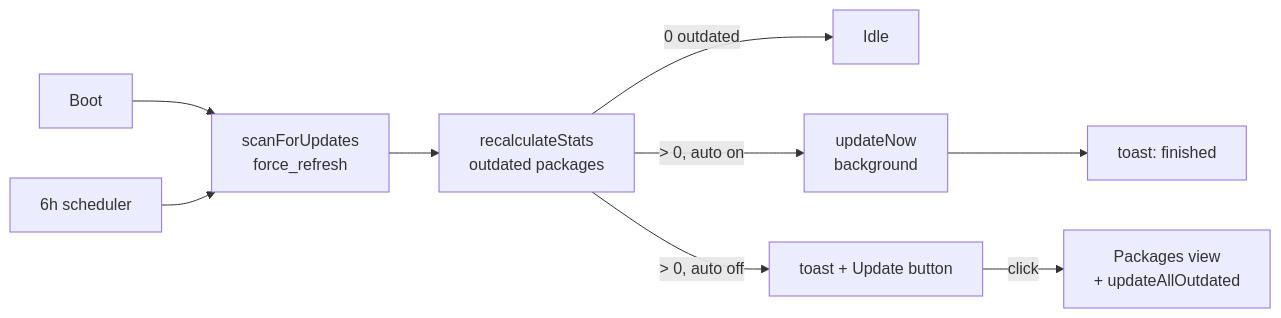
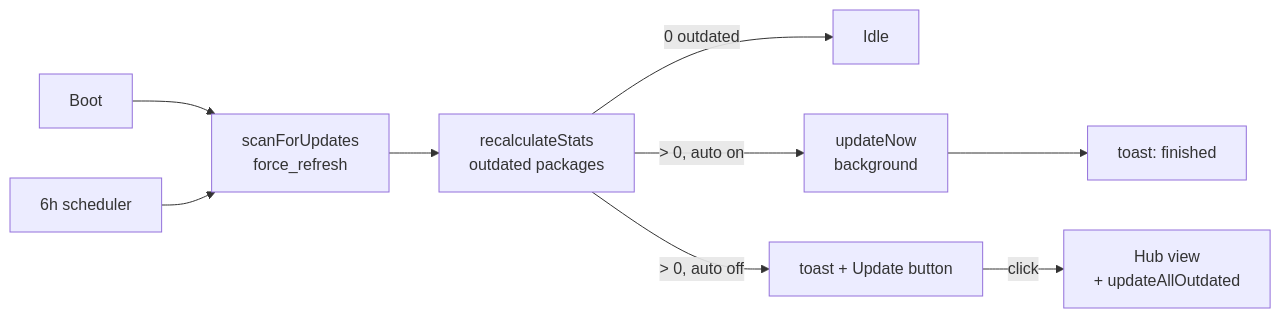
One commit to dishanagalawatta/SkillManager changed diagram 11 of 16 in docs/ARCHITECTURE.md. Above: the diagram before and after it, drawn with Mermaid. The commit also changed other lines of this file and 70 other files, not shown here.

````diff
--- a/docs/ARCHITECTURE.md
+++ b/docs/ARCHITECTURE.md
@@ -606,11 +674,11 @@
 ```mermaid
 flowchart LR
     Boot --> Scan[scanForUpdates<br/>force_refresh]
     Scan --> Stats[recalculateStats<br/>outdated packages]
     Stats -->|0 outdated| Idle
     Stats -->|> 0, auto on| Auto[updateNow<br/>background]
     Auto --> DoneToast[toast: finished]
     Stats -->|> 0, auto off| ActionToast[toast + Update button]
-    ActionToast -->|click| Packages[Packages view<br/>+ updateAllOutdated]
+    ActionToast -->|click| Hub[Hub view<br/>+ updateAllOutdated]
     Timer[6h scheduler] --> Scan
 ```
````
